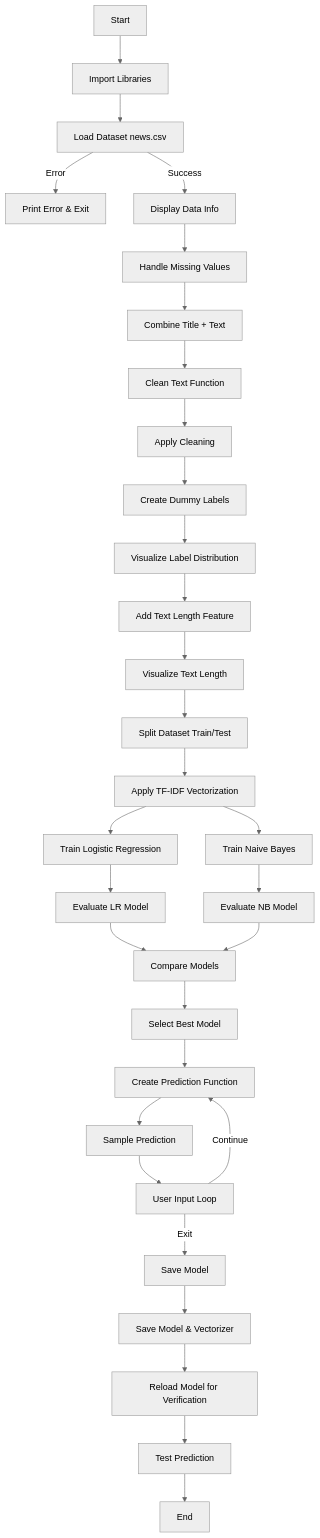
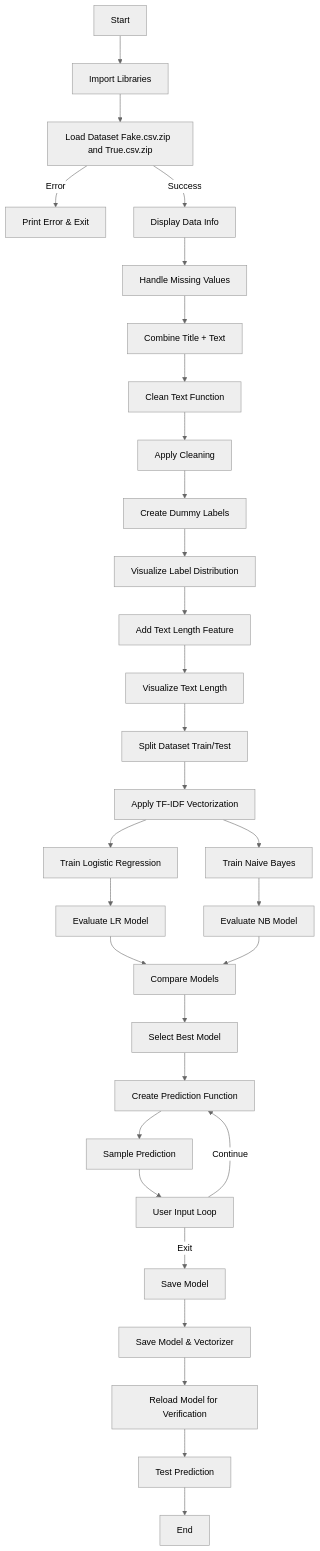
Before and after one commit to Mohit8856/fake-news-detection: the diagram in README.md, drawn with Mermaid (neutral theme). The commit also changed other lines of this file, not shown here.

````diff
--- a/README.md
+++ b/README.md
@@ -142,51 +142,51 @@
 ```mermaid
 flowchart TD
 
 A[Start] --> B[Import Libraries]
 
-B --> C[Load Dataset news.csv]
+B --> C[Load Dataset Fake.csv.zip  and True.csv.zip]
 C -->|Error| D[Print Error & Exit]
 C -->|Success| E[Display Data Info]
 
 E --> F[Handle Missing Values]
 F --> G[Combine Title + Text]
 
 G --> H[Clean Text Function]
 H --> I[Apply Cleaning]
 
 I --> J[Create Dummy Labels]
 J --> K[Visualize Label Distribution]
 
 K --> L[Add Text Length Feature]
 L --> M[Visualize Text Length]
 
 M --> N[Split Dataset Train/Test]
 
 N --> O[Apply TF-IDF Vectorization]
 
 O --> P[Train Logistic Regression]
 P --> Q[Evaluate LR Model]
 
 O --> R[Train Naive Bayes]
 R --> S[Evaluate NB Model]
 
 Q --> T[Compare Models]
 S --> T
 
 T --> U[Select Best Model]
 
 U --> V[Create Prediction Function]
 
 V --> W[Sample Prediction]
 
 W --> X[User Input Loop]
 X -->|Exit| Y[Save Model]
 X -->|Continue| V
 
 Y --> Z[Save Model & Vectorizer]
 
 Z --> AA[Reload Model for Verification]
 AA --> AB[Test Prediction]
 
 AB --> AC[End]
 ```
````
